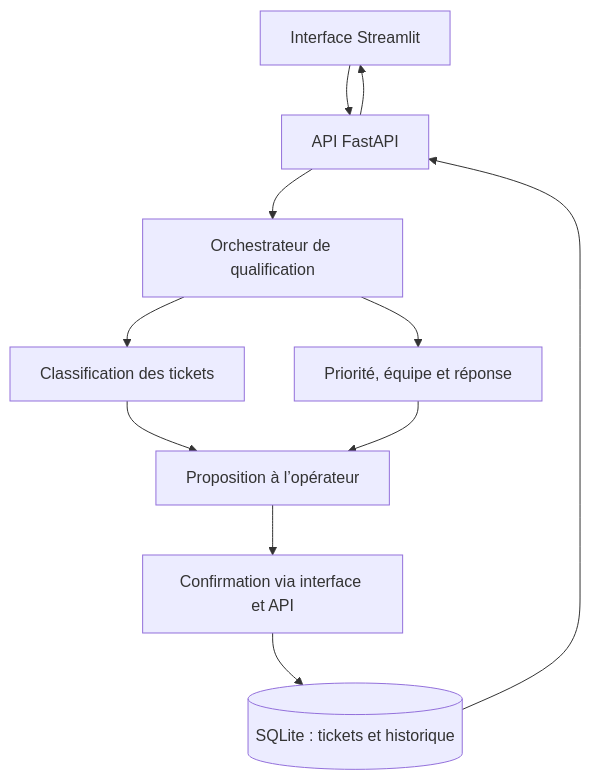
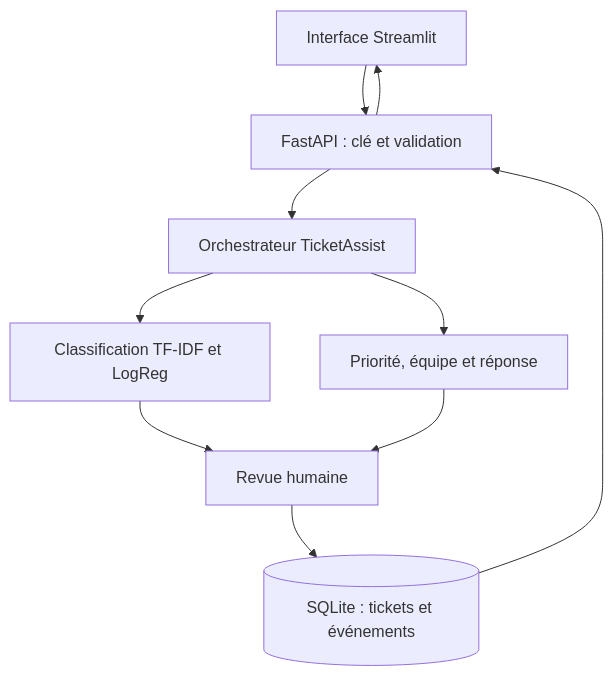
One commit to mehdibn09/Agent-de-Gestion-des-Tickets-IT changed the first of 2 diagrams in README.md. Above: the diagram before and after it, drawn with Mermaid. The commit also changed other lines of this file, not shown here.

````diff
--- a/README.md
+++ b/README.md
@@ -44,13 +31,12 @@
 ```mermaid
 flowchart TD
-    UI["Interface Streamlit"] --> API["API FastAPI"]
-    API --> ORCH["Orchestrateur de qualification"]
-    ORCH --> ML["Classification des tickets"]
-    ORCH --> REGLES["Priorité, équipe et réponse"]
-    ML --> REVUE["Proposition à l’opérateur"]
-    REGLES --> REVUE
-    REVUE --> VALIDATION["Confirmation via interface et API"]
-    VALIDATION --> DB[("SQLite : tickets et historique")]
+    UI["Interface Streamlit"] --> API["FastAPI : clé et validation"]
+    API --> AG["Orchestrateur TicketAssist"]
+    AG --> ML["Classification TF-IDF et LogReg"]
+    AG --> R["Priorité, équipe et réponse"]
+    ML --> H["Revue humaine"]
+    R --> H
+    H --> DB[("SQLite : tickets et événements")]
     DB --> API
     API --> UI
 ```
````
